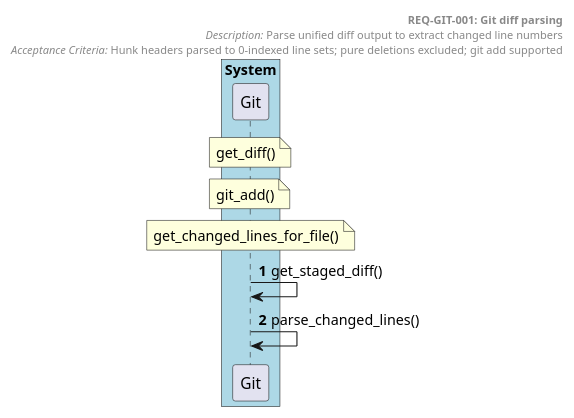
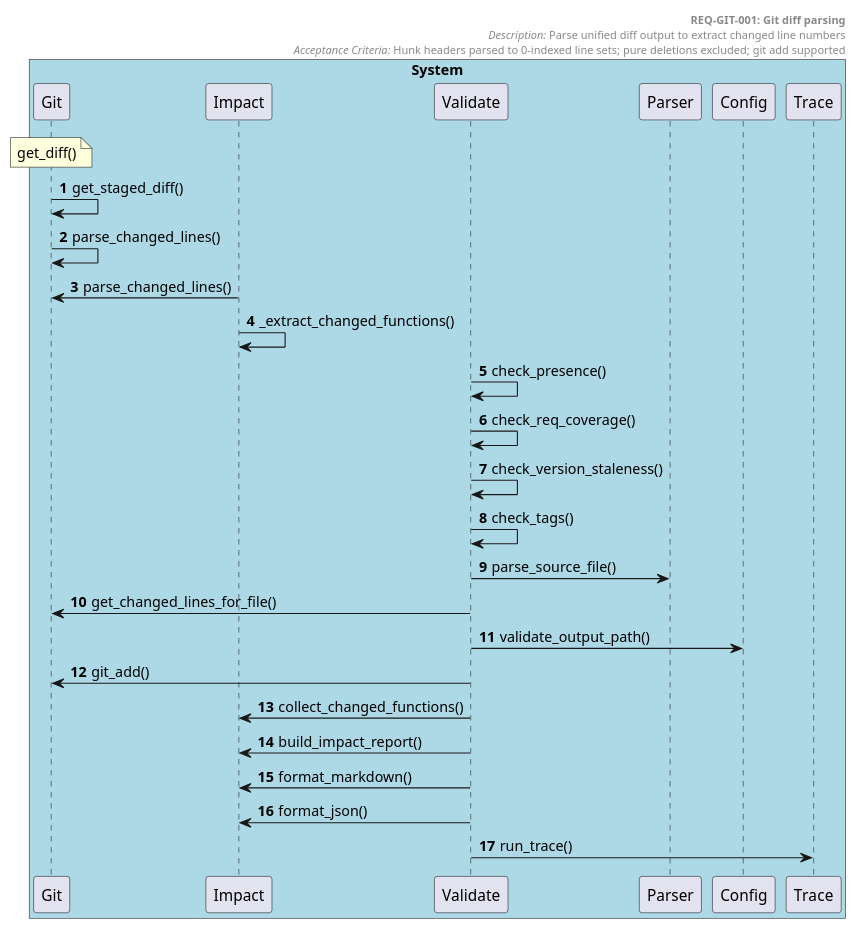
One commit to tvanfossen/doxygen-guard changed the diagram in docs/generated/sequences/REQ-GIT-001.puml. Above: the diagram before and after it, drawn with PlantUML. The commit also changed 21 other files, not shown here.

First line of the commit message:
Resolve adversarial findings: security, observability, diagram quality, README

```diff
--- a/docs/generated/sequences/REQ-GIT-001.puml
+++ b/docs/generated/sequences/REQ-GIT-001.puml
@@ -1,21 +1,39 @@
 @startuml REQ-GIT-001 Git diff parsing
 autonumber
 
 box "System" #LightBlue
   participant "Git" as Git
+  participant "Impact" as Impact
+  participant "Validate" as Validate
+  participant "Parser" as Parser
+  participant "Config" as Config
+  participant "Trace" as Trace
 end box
 
 header
   **REQ-GIT-001: Git diff parsing**
   //Description:// Parse unified diff output to extract changed line numbers
   //Acceptance Criteria:// Hunk headers parsed to 0-indexed line sets; pure deletions excluded; git add supported
 end header
 
 note over Git: get_diff()
-note over Git: git_add()
-note over Git: get_changed_lines_for_file()
 
 Git -> Git: get_staged_diff()
 Git -> Git: parse_changed_lines()
+Impact -> Git: parse_changed_lines()
+Impact -> Impact: _extract_changed_functions()
+Validate -> Validate: check_presence()
+Validate -> Validate: check_req_coverage()
+Validate -> Validate: check_version_staleness()
+Validate -> Validate: check_tags()
+Validate -> Parser: parse_source_file()
+Validate -> Git: get_changed_lines_for_file()
+Validate -> Config: validate_output_path()
+Validate -> Git: git_add()
+Validate -> Impact: collect_changed_functions()
+Validate -> Impact: build_impact_report()
+Validate -> Impact: format_markdown()
+Validate -> Impact: format_json()
+Validate -> Trace: run_trace()
 
 @enduml
```
